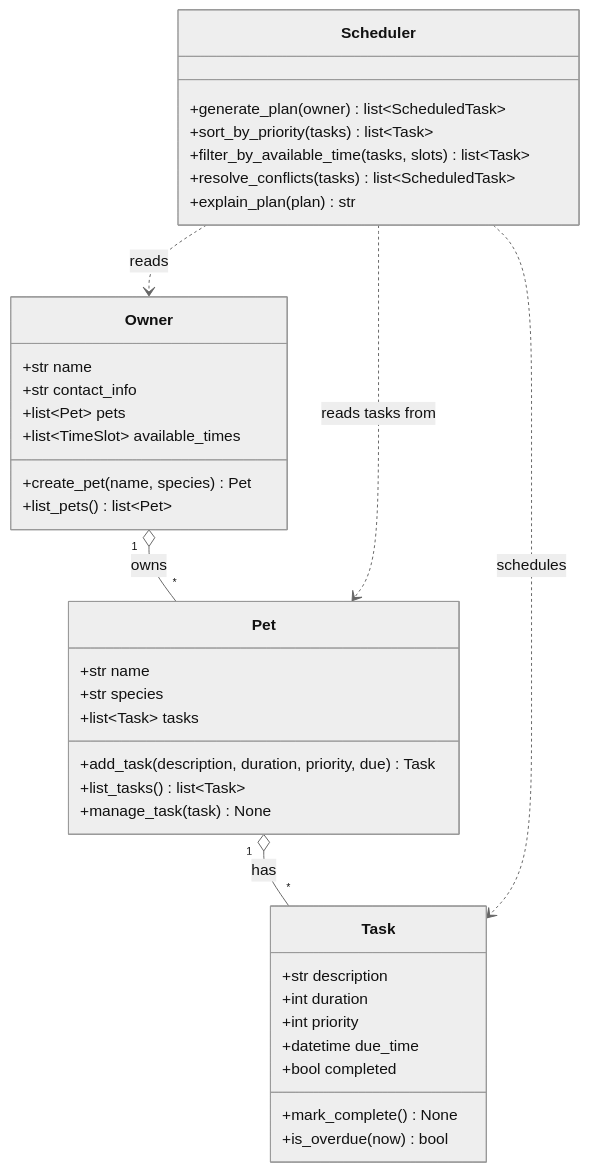
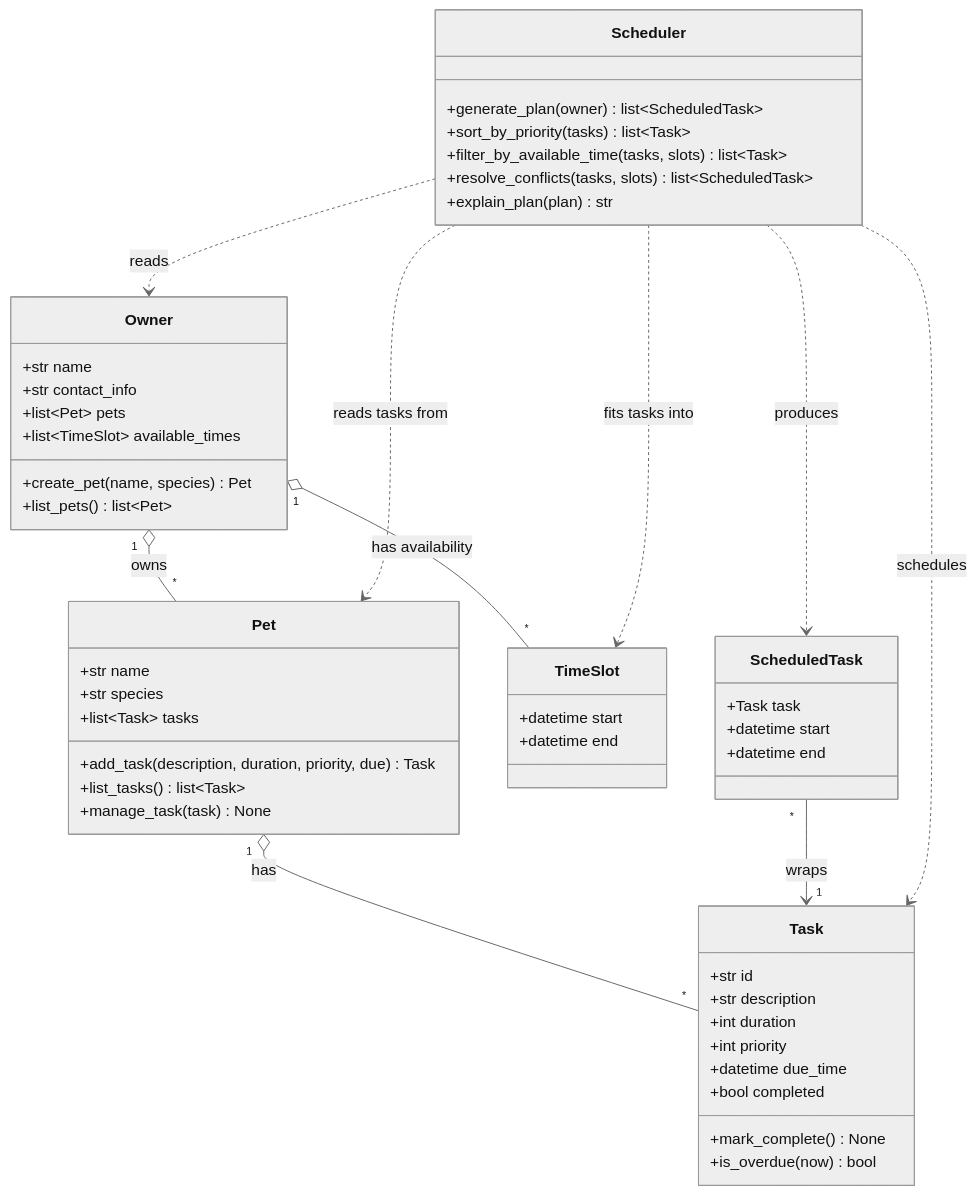
The diagram in diagrams/uml.mmd (NeonGems65/ai110-module2show-pawpal-starter), drawn with Mermaid (neutral theme) before and after one commit. The commit also changed 2 other files, not shown here.

Commit message:
fix: updated uml and fixed few logic bottlenecks

```diff
--- a/diagrams/uml.mmd
+++ b/diagrams/uml.mmd
@@ -1,45 +1,61 @@
 classDiagram
     %% PawPal+ class design
     %% Keep this file updated so it matches your final implementation.
 
     class Owner {
         +str name
         +str contact_info
         +list~Pet~ pets
         +list~TimeSlot~ available_times
         +create_pet(name, species) Pet
         +list_pets() list~Pet~
     }
 
     class Pet {
         +str name
         +str species
         +list~Task~ tasks
         +add_task(description, duration, priority, due) Task
         +list_tasks() list~Task~
         +manage_task(task) None
     }
 
     class Task {
+        +str id
         +str description
         +int duration
         +int priority
         +datetime due_time
         +bool completed
         +mark_complete() None
         +is_overdue(now) bool
     }
 
+    class TimeSlot {
+        +datetime start
+        +datetime end
+    }
+
+    class ScheduledTask {
+        +Task task
+        +datetime start
+        +datetime end
+    }
+
     class Scheduler {
         +generate_plan(owner) list~ScheduledTask~
         +sort_by_priority(tasks) list~Task~
         +filter_by_available_time(tasks, slots) list~Task~
-        +resolve_conflicts(tasks) list~ScheduledTask~
+        +resolve_conflicts(tasks, slots) list~ScheduledTask~
         +explain_plan(plan) str
     }
 
     Owner "1" o-- "*" Pet : owns
     Pet "1" o-- "*" Task : has
+    Owner "1" o-- "*" TimeSlot : has availability
+    ScheduledTask "*" --> "1" Task : wraps
     Scheduler ..> Owner : reads
     Scheduler ..> Pet : reads tasks from
     Scheduler ..> Task : schedules
+    Scheduler ..> TimeSlot : fits tasks into
+    Scheduler ..> ScheduledTask : produces
```
